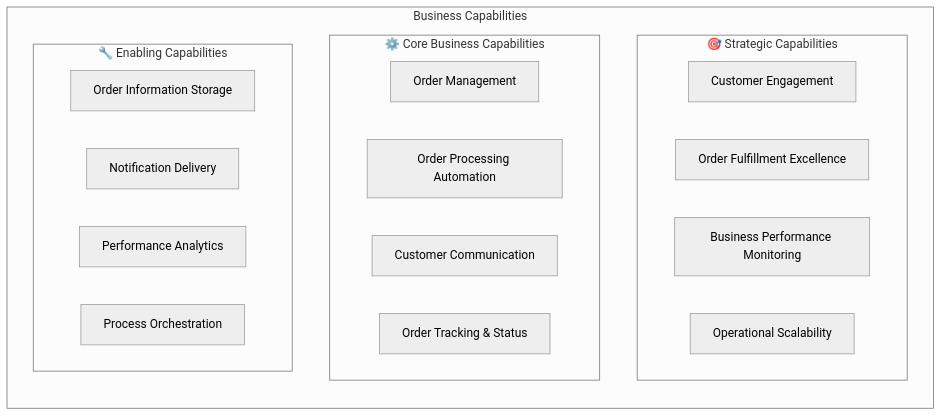
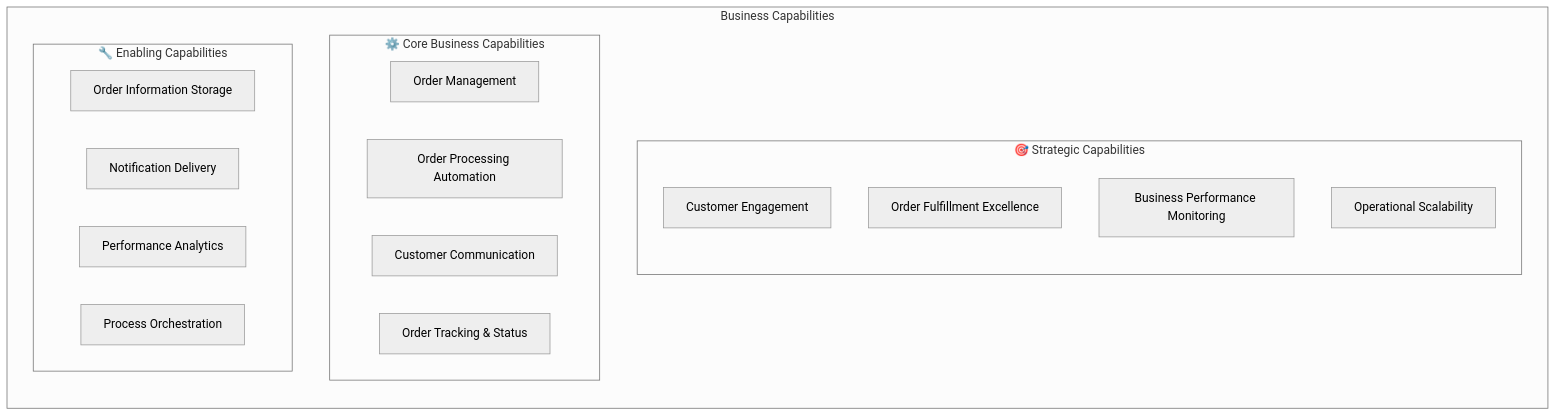
The first of 8 diagrams in docs/architecture/business-architecture.md (Evilazaro/Azure-LogicApps-Monitoring), drawn with Mermaid (neutral theme) before and after one commit.

Commit message:
docs: Update flowchart direction for Business Capabilities to improve clarity

````diff
--- a/docs/architecture/business-architecture.md
+++ b/docs/architecture/business-architecture.md
@@ -126,25 +126,26 @@
 ```mermaid
 flowchart BT
     subgraph businesscap["Business Capabilities"]
         subgraph strategic["🎯 Strategic Capabilities"]
+            direction BT
             SC1["Customer Engagement"]
             SC2["Order Fulfillment Excellence"]
             SC3["Business Performance Monitoring"]
             SC4["Operational Scalability"]        
         end
         subgraph core["⚙️ Core Business Capabilities"]
             CC1["Order Management"]
             CC2["Order Processing Automation"]
             CC3["Customer Communication"]
             CC4["Order Tracking & Status"]
         end
         subgraph enabling["🔧 Enabling Capabilities"]
             EC1["Order Information Storage"]
             EC2["Notification Delivery"]
             EC3["Performance Analytics"]
             EC4["Process Orchestration"]
         end      
     end
     
 
 ```
````
